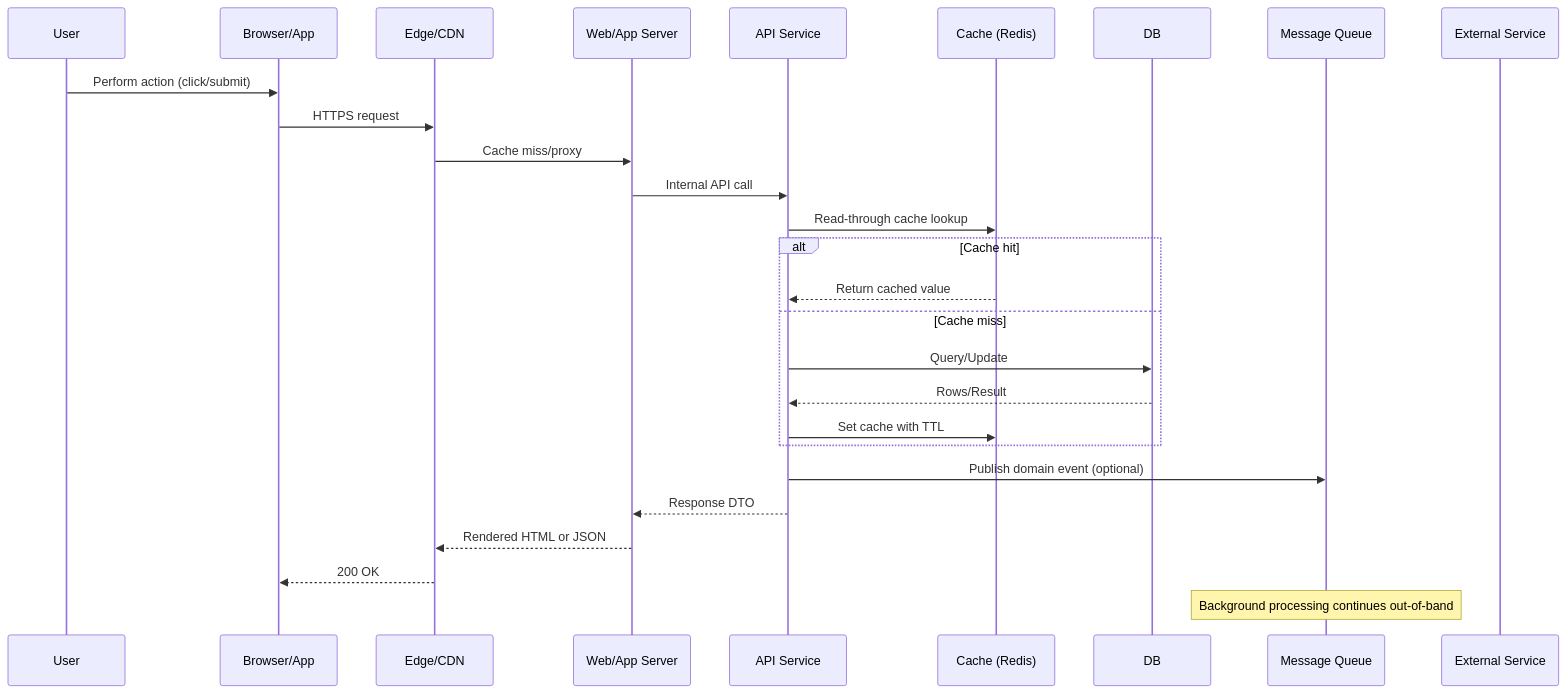
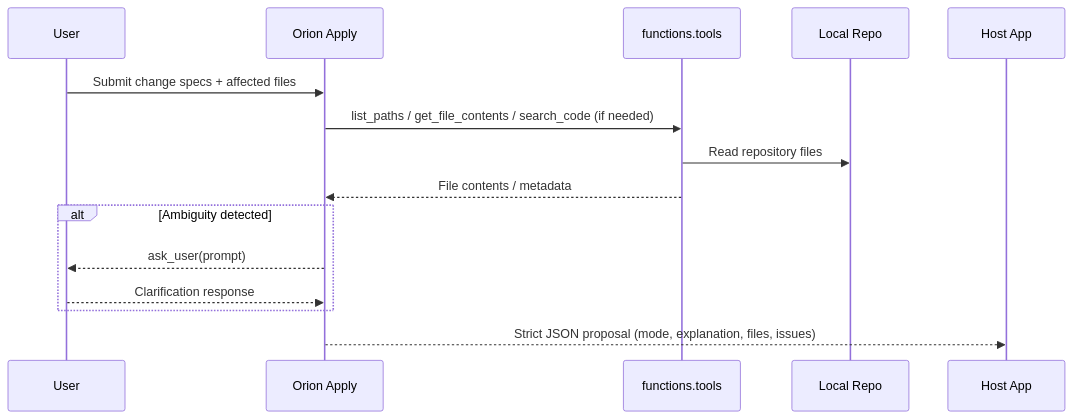
The second of 5 diagrams in Overview.md (git-neka-ai/sutradhaar), drawn with Mermaid before and after one commit. The commit also changed other lines of this file, not shown here.

````diff
--- a/Overview.md
+++ b/Overview.md
@@ -89,30 +76,18 @@
 ```mermaid
 sequenceDiagram
   participant U as User
-  participant B as Browser/App
-  participant E as Edge/CDN
-  participant W as Web/App Server
-  participant A as API Service
-  participant C as Cache (Redis)
-  participant D as DB
-  participant Q as Message Queue
-  participant X as External Service
+  participant O as Orion Apply
+  participant T as functions.tools
+  participant R as Local Repo
+  participant H as Host App
 
-  U->>B: Perform action (click/submit)
-  B->>E: HTTPS request
-  E->>W: Cache miss/proxy
-  W->>A: Internal API call
-  A->>C: Read-through cache lookup
-  alt Cache hit
-    C-->>A: Return cached value
-  else Cache miss
-    A->>D: Query/Update
-    D-->>A: Rows/Result
-    A->>C: Set cache with TTL
+  U->>O: Submit change specs + affected files
+  O->>T: list_paths / get_file_contents / search_code (if needed)
+  T->>R: Read repository files
+  T-->>O: File contents / metadata
+  alt Ambiguity detected
+    O-->>U: ask_user(prompt)
+    U-->>O: Clarification response
   end
-  A->>Q: Publish domain event (optional)
-  A-->>W: Response DTO
-  W-->>E: Rendered HTML or JSON
-  E-->>B: 200 OK
-  Note over Q: Background processing continues out-of-band
+  O-->>H: Strict JSON proposal (mode, explanation, files, issues)
 ```
````
